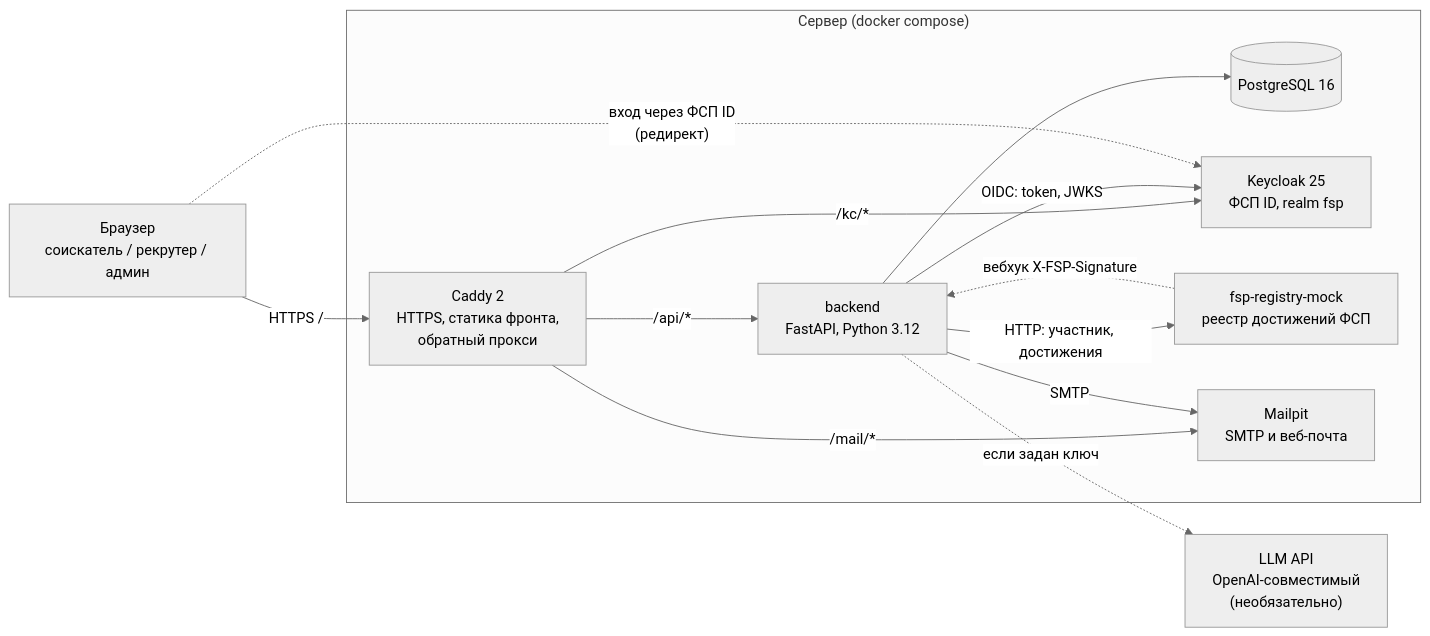
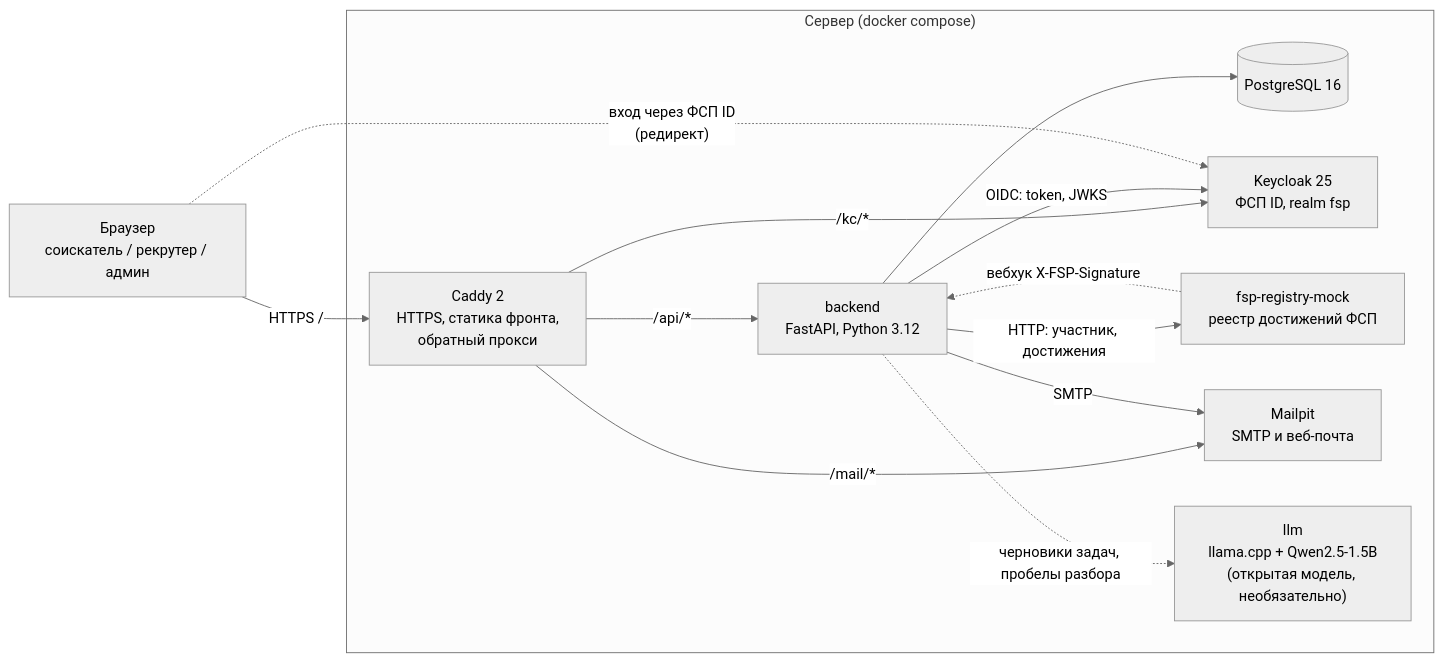
One commit to Vadik145-beep/fsp-talent changed the first of 3 diagrams in docs/solution/01_architecture.md. Above: the diagram before and after it, drawn with Mermaid (neutral theme). The commit also changed other lines of this file and 12 other files, not shown here.

Commit message:
Сервис llm (llama.cpp + Qwen2.5-1.5B) на стенде и в dev по профилю; документация про LLM

````diff
--- a/docs/solution/01_architecture.md
+++ b/docs/solution/01_architecture.md
@@ -33,25 +33,25 @@
 ```mermaid
 flowchart LR
     U["Браузер<br/>соискатель / рекрутер / админ"]
     subgraph Server["Сервер (docker compose)"]
         C["Caddy 2<br/>HTTPS, статика фронта,<br/>обратный прокси"]
         B["backend<br/>FastAPI, Python 3.12"]
         P[("PostgreSQL 16")]
         K["Keycloak 25<br/>ФСП ID, realm fsp"]
         R["fsp-registry-mock<br/>реестр достижений ФСП"]
         M["Mailpit<br/>SMTP и веб-почта"]
+        L["llm<br/>llama.cpp + Qwen2.5-1.5B<br/>(открытая модель, необязательно)"]
     end
-    L["LLM API<br/>OpenAI-совместимый<br/>(необязательно)"]
 
     U -->|"HTTPS /"| C
     C -->|"/api/*"| B
     C -->|"/kc/*"| K
     C -->|"/mail/*"| M
     B --> P
     B -->|"OIDC: token, JWKS"| K
     B -->|"HTTP: участник, достижения"| R
     R -.->|"вебхук X-FSP-Signature"| B
     B -->|SMTP| M
-    B -.->|"если задан ключ"| L
+    B -.->|"черновики задач, пробелы разбора"| L
     U -.->|"вход через ФСП ID<br/>(редирект)"| K
 ```
````
